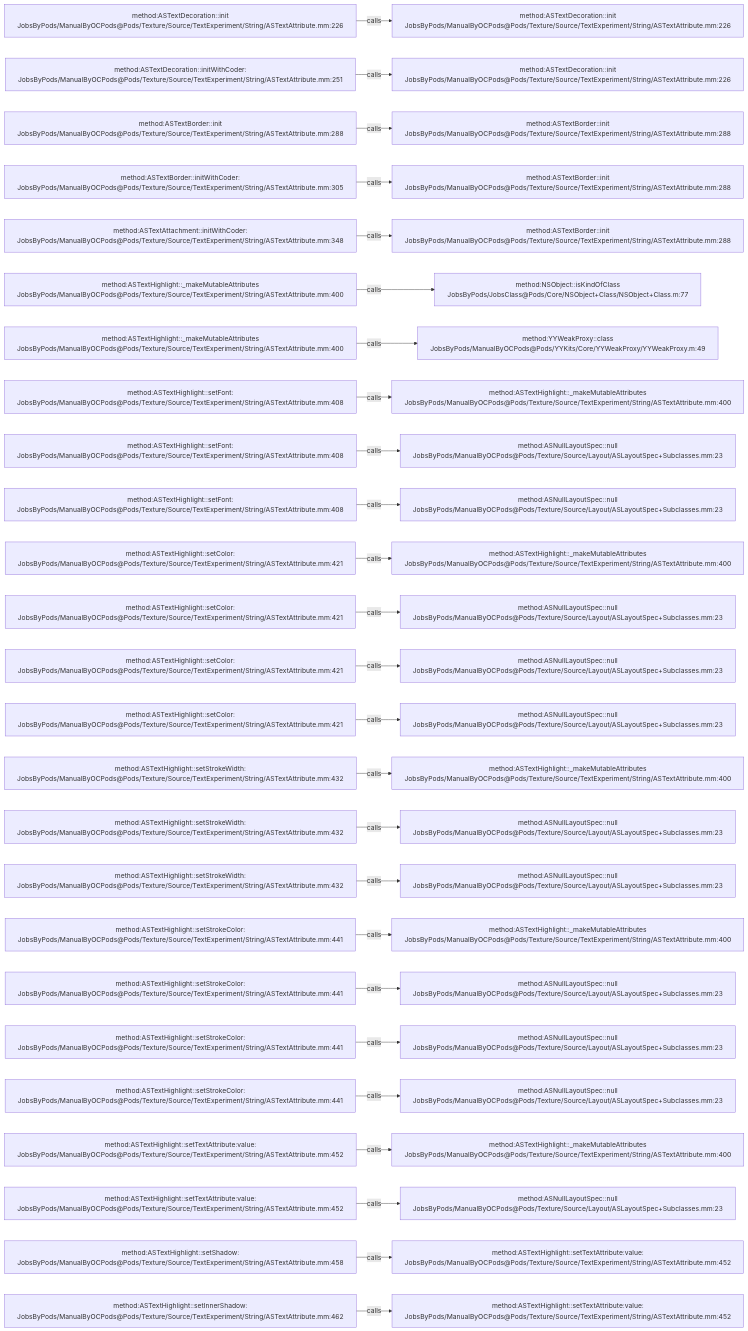
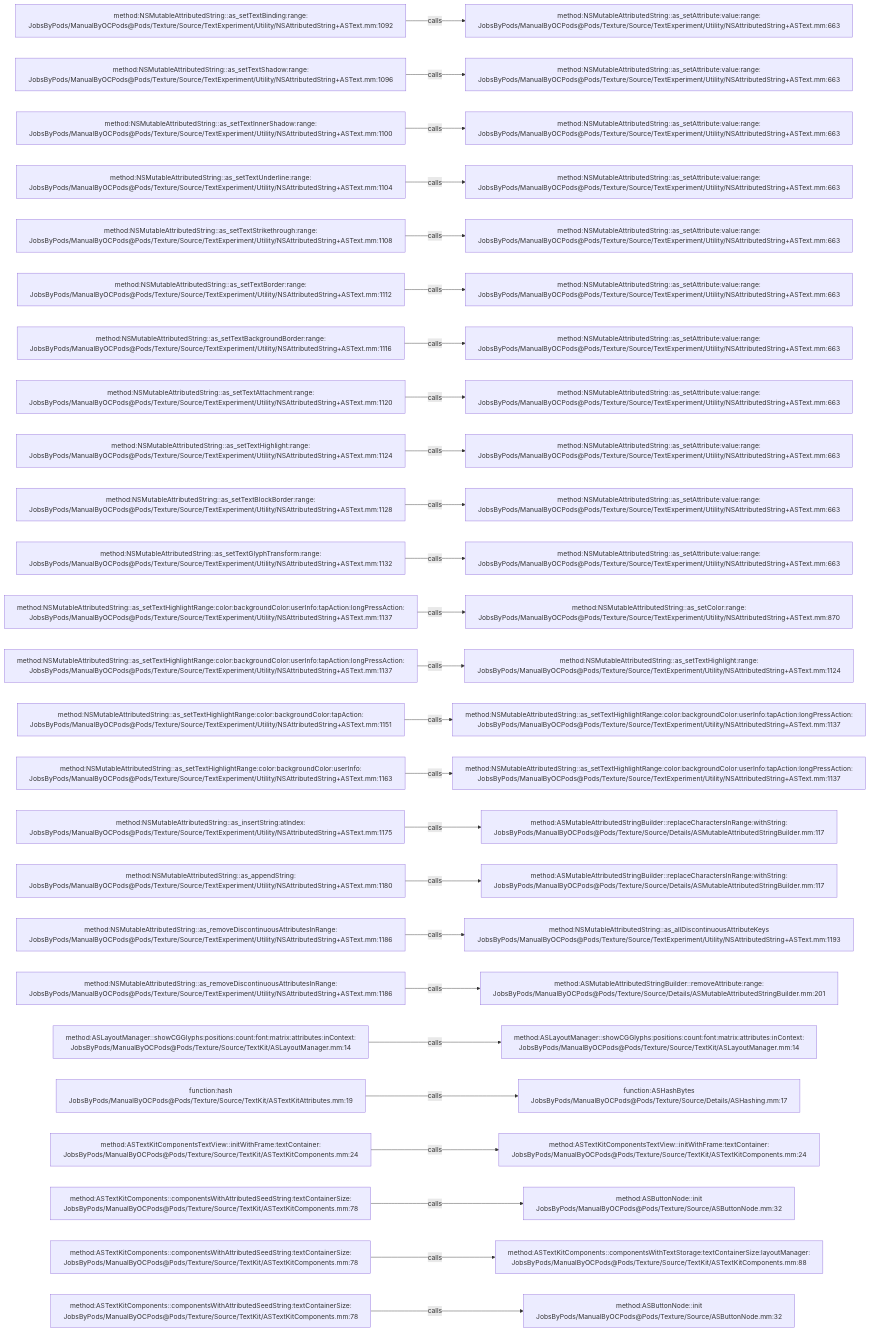
One commit to JobsKits/JobsOCBaseConfigDemo changed the diagram in .codegraph/codegraph.md/graphs/calls-200.md. Above: the diagram before and after it, drawn with Mermaid. The commit also changed 2723 other files, not shown here.

````diff
--- a/.codegraph/codegraph.md/graphs/calls-200.md
+++ b/.codegraph/codegraph.md/graphs/calls-200.md
@@ -13,78 +13,78 @@
 ```mermaid
 flowchart LR
-  S1["method:ASTextDecoration::init<br/>JobsByPods/ManualByOCPods@Pods/Texture/Source/TextExperiment/String/ASTextAttribute.mm:226"]
-  T1["method:ASTextDecoration::init<br/>JobsByPods/ManualByOCPods@Pods/Texture/Source/TextExperiment/String/ASTextAttribute.mm:226"]
+  S1["method:NSMutableAttributedString::as_setTextBinding:range:<br/>JobsByPods/ManualByOCPods@Pods/Texture/Source/TextExperiment/Utility/NSAttributedString+ASText.mm:1092"]
+  T1["method:NSMutableAttributedString::as_setAttribute:value:range:<br/>JobsByPods/ManualByOCPods@Pods/Texture/Source/TextExperiment/Utility/NSAttributedString+ASText.mm:663"]
   S1 -->|calls| T1
-  S2["method:ASTextDecoration::initWithCoder:<br/>JobsByPods/ManualByOCPods@Pods/Texture/Source/TextExperiment/String/ASTextAttribute.mm:251"]
-  T2["method:ASTextDecoration::init<br/>JobsByPods/ManualByOCPods@Pods/Texture/Source/TextExperiment/String/ASTextAttribute.mm:226"]
+  S2["method:NSMutableAttributedString::as_setTextShadow:range:<br/>JobsByPods/ManualByOCPods@Pods/Texture/Source/TextExperiment/Utility/NSAttributedString+ASText.mm:1096"]
+  T2["method:NSMutableAttributedString::as_setAttribute:value:range:<br/>JobsByPods/ManualByOCPods@Pods/Texture/Source/TextExperiment/Utility/NSAttributedString+ASText.mm:663"]
   S2 -->|calls| T2
-  S3["method:ASTextBorder::init<br/>JobsByPods/ManualByOCPods@Pods/Texture/Source/TextExperiment/String/ASTextAttribute.mm:288"]
-  T3["method:ASTextBorder::init<br/>JobsByPods/ManualByOCPods@Pods/Texture/Source/TextExperiment/String/ASTextAttribute.mm:288"]
+  S3["method:NSMutableAttributedString::as_setTextInnerShadow:range:<br/>JobsByPods/ManualByOCPods@Pods/Texture/Source/TextExperiment/Utility/NSAttributedString+ASText.mm:1100"]
+  T3["method:NSMutableAttributedString::as_setAttribute:value:range:<br/>JobsByPods/ManualByOCPods@Pods/Texture/Source/TextExperiment/Utility/NSAttributedString+ASText.mm:663"]
   S3 -->|calls| T3
-  S4["method:ASTextBorder::initWithCoder:<br/>JobsByPods/ManualByOCPods@Pods/Texture/Source/TextExperiment/String/ASTextAttribute.mm:305"]
-  T4["method:ASTextBorder::init<br/>JobsByPods/ManualByOCPods@Pods/Texture/Source/TextExperiment/String/ASTextAttribute.mm:288"]
+  S4["method:NSMutableAttributedString::as_setTextUnderline:range:<br/>JobsByPods/ManualByOCPods@Pods/Texture/Source/TextExperiment/Utility/NSAttributedString+ASText.mm:1104"]
+  T4["method:NSMutableAttributedString::as_setAttribute:value:range:<br/>JobsByPods/ManualByOCPods@Pods/Texture/Source/TextExperiment/Utility/NSAttributedString+ASText.mm:663"]
   S4 -->|calls| T4
-  S5["method:ASTextAttachment::initWithCoder:<br/>JobsByPods/ManualByOCPods@Pods/Texture/Source/TextExperiment/String/ASTextAttribute.mm:348"]
-  T5["method:ASTextBorder::init<br/>JobsByPods/ManualByOCPods@Pods/Texture/Source/TextExperiment/String/ASTextAttribute.mm:288"]
+  S5["method:NSMutableAttributedString::as_setTextStrikethrough:range:<br/>JobsByPods/ManualByOCPods@Pods/Texture/Source/TextExperiment/Utility/NSAttributedString+ASText.mm:1108"]
+  T5["method:NSMutableAttributedString::as_setAttribute:value:range:<br/>JobsByPods/ManualByOCPods@Pods/Texture/Source/TextExperiment/Utility/NSAttributedString+ASText.mm:663"]
   S5 -->|calls| T5
-  S6["method:ASTextHighlight::_makeMutableAttributes<br/>JobsByPods/ManualByOCPods@Pods/Texture/Source/TextExperiment/String/ASTextAttribute.mm:400"]
-  T6["method:NSObject::isKindOfClass<br/>JobsByPods/JobsClass@Pods/Core/NSObject+Class/NSObject+Class.m:77"]
+  S6["method:NSMutableAttributedString::as_setTextBorder:range:<br/>JobsByPods/ManualByOCPods@Pods/Texture/Source/TextExperiment/Utility/NSAttributedString+ASText.mm:1112"]
+  T6["method:NSMutableAttributedString::as_setAttribute:value:range:<br/>JobsByPods/ManualByOCPods@Pods/Texture/Source/TextExperiment/Utility/NSAttributedString+ASText.mm:663"]
   S6 -->|calls| T6
-  S7["method:ASTextHighlight::_makeMutableAttributes<br/>JobsByPods/ManualByOCPods@Pods/Texture/Source/TextExperiment/String/ASTextAttribute.mm:400"]
-  T7["method:YYWeakProxy::class<br/>JobsByPods/ManualByOCPods@Pods/YYKits/Core/YYWeakProxy/YYWeakProxy.m:49"]
+  S7["method:NSMutableAttributedString::as_setTextBackgroundBorder:range:<br/>JobsByPods/ManualByOCPods@Pods/Texture/Source/TextExperiment/Utility/NSAttributedString+ASText.mm:1116"]
+  T7["method:NSMutableAttributedString::as_setAttribute:value:range:<br/>JobsByPods/ManualByOCPods@Pods/Texture/Source/TextExperiment/Utility/NSAttributedString+ASText.mm:663"]
   S7 -->|calls| T7
-  S8["method:ASTextHighlight::setFont:<br/>JobsByPods/ManualByOCPods@Pods/Texture/Source/TextExperiment/String/ASTextAttribute.mm:408"]
-  T8["method:ASTextHighlight::_makeMutableAttributes<br/>JobsByPods/ManualByOCPods@Pods/Texture/Source/TextExperiment/String/ASTextAttribute.mm:400"]
+  S8["method:NSMutableAttributedString::as_setTextAttachment:range:<br/>JobsByPods/ManualByOCPods@Pods/Texture/Source/TextExperiment/Utility/NSAttributedString+ASText.mm:1120"]
+  T8["method:NSMutableAttributedString::as_setAttribute:value:range:<br/>JobsByPods/ManualByOCPods@Pods/Texture/Source/TextExperiment/Utility/NSAttributedString+ASText.mm:663"]
   S8 -->|calls| T8
-  S9["method:ASTextHighlight::setFont:<br/>JobsByPods/ManualByOCPods@Pods/Texture/Source/TextExperiment/String/ASTextAttribute.mm:408"]
-  T9["method:ASNullLayoutSpec::null<br/>JobsByPods/ManualByOCPods@Pods/Texture/Source/Layout/ASLayoutSpec+Subclasses.mm:23"]
+  S9["method:NSMutableAttributedString::as_setTextHighlight:range:<br/>JobsByPods/ManualByOCPods@Pods/Texture/Source/TextExperiment/Utility/NSAttributedString+ASText.mm:1124"]
+  T9["method:NSMutableAttributedString::as_setAttribute:value:range:<br/>JobsByPods/ManualByOCPods@Pods/Texture/Source/TextExperiment/Utility/NSAttributedString+ASText.mm:663"]
   S9 -->|calls| T9
-  S10["method:ASTextHighlight::setFont:<br/>JobsByPods/ManualByOCPods@Pods/Texture/Source/TextExperiment/String/ASTextAttribute.mm:408"]
-  T10["method:ASNullLayoutSpec::null<br/>JobsByPods/ManualByOCPods@Pods/Texture/Source/Layout/ASLayoutSpec+Subclasses.mm:23"]
+  S10["method:NSMutableAttributedString::as_setTextBlockBorder:range:<br/>JobsByPods/ManualByOCPods@Pods/Texture/Source/TextExperiment/Utility/NSAttributedString+ASText.mm:1128"]
+  T10["method:NSMutableAttributedString::as_setAttribute:value:range:<br/>JobsByPods/ManualByOCPods@Pods/Texture/Source/TextExperiment/Utility/NSAttributedString+ASText.mm:663"]
   S10 -->|calls| T10
-  S11["method:ASTextHighlight::setColor:<br/>JobsByPods/ManualByOCPods@Pods/Texture/Source/TextExperiment/String/ASTextAttribute.mm:421"]
-  T11["method:ASTextHighlight::_makeMutableAttributes<br/>JobsByPods/ManualByOCPods@Pods/Texture/Source/TextExperiment/String/ASTextAttribute.mm:400"]
+  S11["method:NSMutableAttributedString::as_setTextGlyphTransform:range:<br/>JobsByPods/ManualByOCPods@Pods/Texture/Source/TextExperiment/Utility/NSAttributedString+ASText.mm:1132"]
+  T11["method:NSMutableAttributedString::as_setAttribute:value:range:<br/>JobsByPods/ManualByOCPods@Pods/Texture/Source/TextExperiment/Utility/NSAttributedString+ASText.mm:663"]
   S11 -->|calls| T11
-  S12["method:ASTextHighlight::setColor:<br/>JobsByPods/ManualByOCPods@Pods/Texture/Source/TextExperiment/String/ASTextAttribute.mm:421"]
-  T12["method:ASNullLayoutSpec::null<br/>JobsByPods/ManualByOCPods@Pods/Texture/Source/Layout/ASLayoutSpec+Subclasses.mm:23"]
+  S12["method:NSMutableAttributedString::as_setTextHighlightRange:color:backgroundColor:userInfo:tapAction:longPressAction:<br/>JobsByPods/ManualByOCPods@Pods/Texture/Source/TextExperiment/Utility/NSAttributedString+ASText.mm:1137"]
+  T12["method:NSMutableAttributedString::as_setColor:range:<br/>JobsByPods/ManualByOCPods@Pods/Texture/Source/TextExperiment/Utility/NSAttributedString+ASText.mm:870"]
   S12 -->|calls| T12
-  S13["method:ASTextHighlight::setColor:<br/>JobsByPods/ManualByOCPods@Pods/Texture/Source/TextExperiment/String/ASTextAttribute.mm:421"]
-  T13["method:ASNullLayoutSpec::null<br/>JobsByPods/ManualByOCPods@Pods/Texture/Source/Layout/ASLayoutSpec+Subclasses.mm:23"]
+  S13["method:NSMutableAttributedString::as_setTextHighlightRange:color:backgroundColor:userInfo:tapAction:longPressAction:<br/>JobsByPods/ManualByOCPods@Pods/Texture/Source/TextExperiment/Utility/NSAttributedString+ASText.mm:1137"]
+  T13["method:NSMutableAttributedString::as_setTextHighlight:range:<br/>JobsByPods/ManualByOCPods@Pods/Texture/Source/TextExperiment/Utility/NSAttributedString+ASText.mm:1124"]
   S13 -->|calls| T13
-  S14["method:ASTextHighlight::setColor:<br/>JobsByPods/ManualByOCPods@Pods/Texture/Source/TextExperiment/String/ASTextAttribute.mm:421"]
-  T14["method:ASNullLayoutSpec::null<br/>JobsByPods/ManualByOCPods@Pods/Texture/Source/Layout/ASLayoutSpec+Subclasses.mm:23"]
+  S14["method:NSMutableAttributedString::as_setTextHighlightRange:color:backgroundColor:tapAction:<br/>JobsByPods/ManualByOCPods@Pods/Texture/Source/TextExperiment/Utility/NSAttributedString+ASText.mm:1151"]
+  T14["method:NSMutableAttributedString::as_setTextHighlightRange:color:backgroundColor:userInfo:tapAction:longPressAction:<br/>JobsByPods/ManualByOCPods@Pods/Texture/Source/TextExperiment/Utility/NSAttributedString+ASText.mm:1137"]
   S14 -->|calls| T14
-  S15["method:ASTextHighlight::setStrokeWidth:<br/>JobsByPods/ManualByOCPods@Pods/Texture/Source/TextExperiment/String/ASTextAttribute.mm:432"]
-  T15["method:ASTextHighlight::_makeMutableAttributes<br/>JobsByPods/ManualByOCPods@Pods/Texture/Source/TextExperiment/String/ASTextAttribute.mm:400"]
+  S15["method:NSMutableAttributedString::as_setTextHighlightRange:color:backgroundColor:userInfo:<br/>JobsByPods/ManualByOCPods@Pods/Texture/Source/TextExperiment/Utility/NSAttributedString+ASText.mm:1163"]
+  T15["method:NSMutableAttributedString::as_setTextHighlightRange:color:backgroundColor:userInfo:tapAction:longPressAction:<br/>JobsByPods/ManualByOCPods@Pods/Texture/Source/TextExperiment/Utility/NSAttributedString+ASText.mm:1137"]
   S15 -->|calls| T15
-  S16["method:ASTextHighlight::setStrokeWidth:<br/>JobsByPods/ManualByOCPods@Pods/Texture/Source/TextExperiment/String/ASTextAttribute.mm:432"]
-  T16["method:ASNullLayoutSpec::null<br/>JobsByPods/ManualByOCPods@Pods/Texture/Source/Layout/ASLayoutSpec+Subclasses.mm:23"]
+  S16["method:NSMutableAttributedString::as_insertString:atIndex:<br/>JobsByPods/ManualByOCPods@Pods/Texture/Source/TextExperiment/Utility/NSAttributedString+ASText.mm:1175"]
+  T16["method:ASMutableAttributedStringBuilder::replaceCharactersInRange:withString:<br/>JobsByPods/ManualByOCPods@Pods/Texture/Source/Details/ASMutableAttributedStringBuilder.mm:117"]
   S16 -->|calls| T16
-  S17["method:ASTextHighlight::setStrokeWidth:<br/>JobsByPods/ManualByOCPods@Pods/Texture/Source/TextExperiment/String/ASTextAttribute.mm:432"]
-  T17["method:ASNullLayoutSpec::null<br/>JobsByPods/ManualByOCPods@Pods/Texture/Source/Layout/ASLayoutSpec+Subclasses.mm:23"]
+  S17["method:NSMutableAttributedString::as_appendString:<br/>JobsByPods/ManualByOCPods@Pods/Texture/Source/TextExperiment/Utility/NSAttributedString+ASText.mm:1180"]
+  T17["method:ASMutableAttributedStringBuilder::replaceCharactersInRange:withString:<br/>JobsByPods/ManualByOCPods@Pods/Texture/Source/Details/ASMutableAttributedStringBuilder.mm:117"]
   S17 -->|calls| T17
-  S18["method:ASTextHighlight::setStrokeColor:<br/>JobsByPods/ManualByOCPods@Pods/Texture/Source/TextExperiment/String/ASTextAttribute.mm:441"]
-  T18["method:ASTextHighlight::_makeMutableAttributes<br/>JobsByPods/ManualByOCPods@Pods/Texture/Source/TextExperiment/String/ASTextAttribute.mm:400"]
+  S18["method:NSMutableAttributedString::as_removeDiscontinuousAttributesInRange:<br/>JobsByPods/ManualByOCPods@Pods/Texture/Source/TextExperiment/Utility/NSAttributedString+ASText.mm:1186"]
+  T18["method:NSMutableAttributedString::as_allDiscontinuousAttributeKeys<br/>JobsByPods/ManualByOCPods@Pods/Texture/Source/TextExperiment/Utility/NSAttributedString+ASText.mm:1193"]
   S18 -->|calls| T18
-  S19["method:ASTextHighlight::setStrokeColor:<br/>JobsByPods/ManualByOCPods@Pods/Texture/Source/TextExperiment/String/ASTextAttribute.mm:441"]
-  T19["method:ASNullLayoutSpec::null<br/>JobsByPods/ManualByOCPods@Pods/Texture/Source/Layout/ASLayoutSpec+Subclasses.mm:23"]
+  S19["method:NSMutableAttributedString::as_removeDiscontinuousAttributesInRange:<br/>JobsByPods/ManualByOCPods@Pods/Texture/Source/TextExperiment/Utility/NSAttributedString+ASText.mm:1186"]
+  T19["method:ASMutableAttributedStringBuilder::removeAttribute:range:<br/>JobsByPods/ManualByOCPods@Pods/Texture/Source/Details/ASMutableAttributedStringBuilder.mm:201"]
   S19 -->|calls| T19
-  S20["method:ASTextHighlight::setStrokeColor:<br/>JobsByPods/ManualByOCPods@Pods/Texture/Source/TextExperiment/String/ASTextAttribute.mm:441"]
-  T20["method:ASNullLayoutSpec::null<br/>JobsByPods/ManualByOCPods@Pods/Texture/Source/Layout/ASLayoutSpec+Subclasses.mm:23"]
+  S20["method:ASLayoutManager::showCGGlyphs:positions:count:font:matrix:attributes:inContext:<br/>JobsByPods/ManualByOCPods@Pods/Texture/Source/TextKit/ASLayoutManager.mm:14"]
+  T20["method:ASLayoutManager::showCGGlyphs:positions:count:font:matrix:attributes:inContext:<br/>JobsByPods/ManualByOCPods@Pods/Texture/Source/TextKit/ASLayoutManager.mm:14"]
   S20 -->|calls| T20
-  S21["method:ASTextHighlight::setStrokeColor:<br/>JobsByPods/ManualByOCPods@Pods/Texture/Source/TextExperiment/String/ASTextAttribute.mm:441"]
-  T21["method:ASNullLayoutSpec::null<br/>JobsByPods/ManualByOCPods@Pods/Texture/Source/Layout/ASLayoutSpec+Subclasses.mm:23"]
+  S21["function:hash<br/>JobsByPods/ManualByOCPods@Pods/Texture/Source/TextKit/ASTextKitAttributes.mm:19"]
+  T21["function:ASHashBytes<br/>JobsByPods/ManualByOCPods@Pods/Texture/Source/Details/ASHashing.mm:17"]
   S21 -->|calls| T21
-  S22["method:ASTextHighlight::setTextAttribute:value:<br/>JobsByPods/ManualByOCPods@Pods/Texture/Source/TextExperiment/String/ASTextAttribute.mm:452"]
-  T22["method:ASTextHighlight::_makeMutableAttributes<br/>JobsByPods/ManualByOCPods@Pods/Texture/Source/TextExperiment/String/ASTextAttribute.mm:400"]
+  S22["method:ASTextKitComponentsTextView::initWithFrame:textContainer:<br/>JobsByPods/ManualByOCPods@Pods/Texture/Source/TextKit/ASTextKitComponents.mm:24"]
+  T22["method:ASTextKitComponentsTextView::initWithFrame:textContainer:<br/>JobsByPods/ManualByOCPods@Pods/Texture/Source/TextKit/ASTextKitComponents.mm:24"]
   S22 -->|calls| T22
-  S23["method:ASTextHighlight::setTextAttribute:value:<br/>JobsByPods/ManualByOCPods@Pods/Texture/Source/TextExperiment/String/ASTextAttribute.mm:452"]
-  T23["method:ASNullLayoutSpec::null<br/>JobsByPods/ManualByOCPods@Pods/Texture/Source/Layout/ASLayoutSpec+Subclasses.mm:23"]
+  S23["method:ASTextKitComponents::componentsWithAttributedSeedString:textContainerSize:<br/>JobsByPods/ManualByOCPods@Pods/Texture/Source/TextKit/ASTextKitComponents.mm:78"]
+  T23["method:ASButtonNode::init<br/>JobsByPods/ManualByOCPods@Pods/Texture/Source/ASButtonNode.mm:32"]
   S23 -->|calls| T23
-  S24["method:ASTextHighlight::setShadow:<br/>JobsByPods/ManualByOCPods@Pods/Texture/Source/TextExperiment/String/ASTextAttribute.mm:458"]
-  T24["method:ASTextHighlight::setTextAttribute:value:<br/>JobsByPods/ManualByOCPods@Pods/Texture/Source/TextExperiment/String/ASTextAttribute.mm:452"]
+  S24["method:ASTextKitComponents::componentsWithAttributedSeedString:textContainerSize:<br/>JobsByPods/ManualByOCPods@Pods/Texture/Source/TextKit/ASTextKitComponents.mm:78"]
+  T24["method:ASTextKitComponents::componentsWithTextStorage:textContainerSize:layoutManager:<br/>JobsByPods/ManualByOCPods@Pods/Texture/Source/TextKit/ASTextKitComponents.mm:88"]
   S24 -->|calls| T24
-  S25["method:ASTextHighlight::setInnerShadow:<br/>JobsByPods/ManualByOCPods@Pods/Texture/Source/TextExperiment/String/ASTextAttribute.mm:462"]
-  T25["method:ASTextHighlight::setTextAttribute:value:<br/>JobsByPods/ManualByOCPods@Pods/Texture/Source/TextExperiment/String/ASTextAttribute.mm:452"]
+  S25["method:ASTextKitComponents::componentsWithAttributedSeedString:textContainerSize:<br/>JobsByPods/ManualByOCPods@Pods/Texture/Source/TextKit/ASTextKitComponents.mm:78"]
+  T25["method:ASButtonNode::init<br/>JobsByPods/ManualByOCPods@Pods/Texture/Source/ASButtonNode.mm:32"]
   S25 -->|calls| T25
 ```
````
